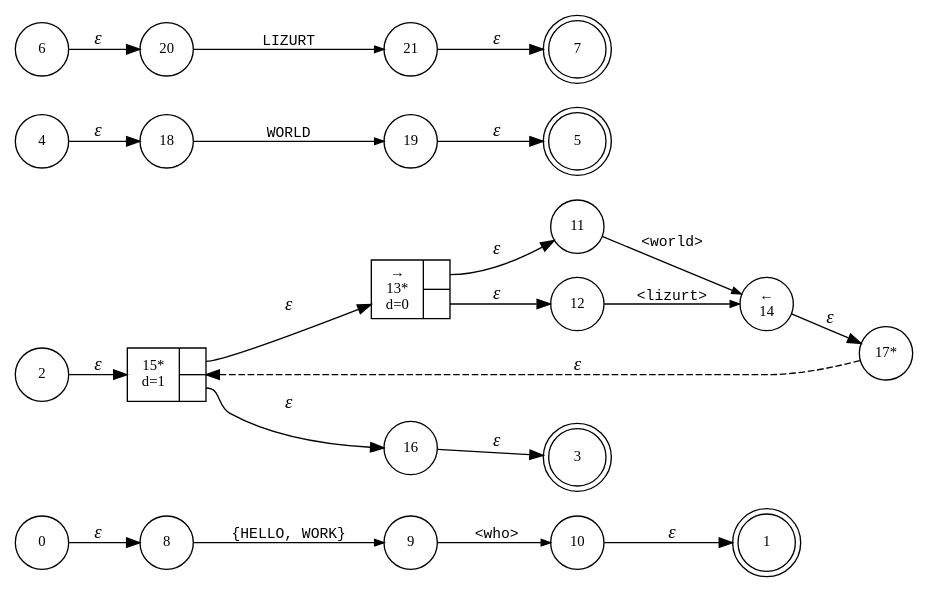
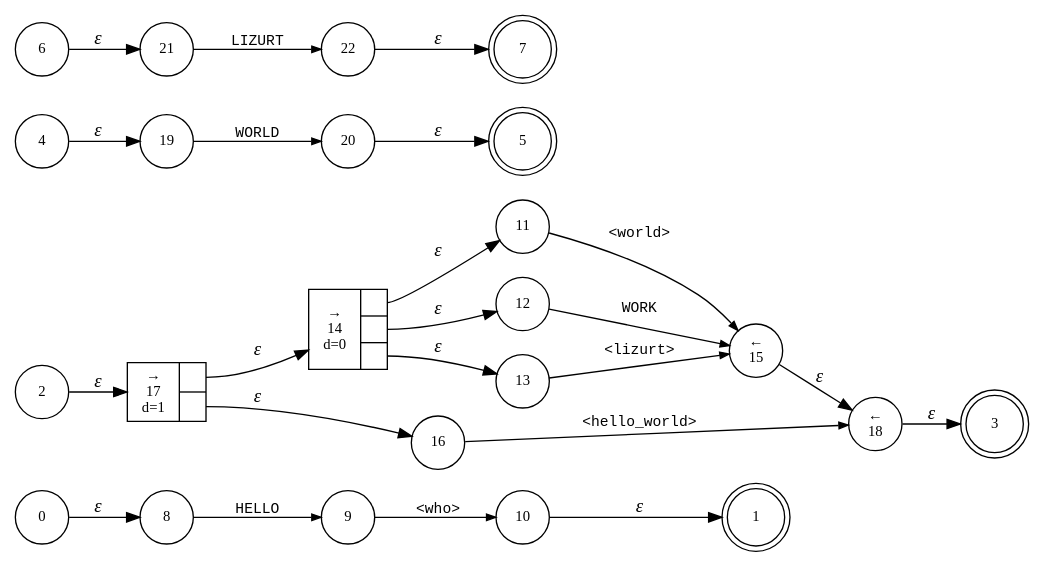
One commit to Lizurt/Suggester changed the diagram in parser.dot. Above: the diagram before and after it, drawn with Graphviz. The commit also changed 12 other files, not shown here.

```diff
--- a/parser.dot
+++ b/parser.dot
@@ -1,51 +1,54 @@
 digraph ATN { rankdir=LR;
 
 s1[fontsize=11, label="1", shape=doublecircle, fixedsize=true, width=.6];
 s0[fontsize=11,label="0", shape=circle, fixedsize=true, width=.55, peripheries=1];
 s8[fontsize=11,label="8", shape=circle, fixedsize=true, width=.55, peripheries=1];
 s9[fontsize=11,label="9", shape=circle, fixedsize=true, width=.55, peripheries=1];
 s10[fontsize=11,label="10", shape=circle, fixedsize=true, width=.55, peripheries=1];
 s0 -> s8 [fontname="Times-Italic", label="&epsilon;"];
-s8 -> s9 [fontsize=11, fontname="Courier", arrowsize=.7, label = "{HELLO, WORK}", arrowhead = normal];
+s8 -> s9 [fontsize=11, fontname="Courier", arrowsize=.7, label = "HELLO", arrowhead = normal];
 s9 -> s10 [fontsize=11, fontname="Courier", arrowsize=.7, label = "<who>", arrowhead = normal];
 s10 -> s1 [fontname="Times-Italic", label="&epsilon;"];
 
 
 s3[fontsize=11, label="3", shape=doublecircle, fixedsize=true, width=.6];
 s16[fontsize=11,label="16", shape=circle, fixedsize=true, width=.55, peripheries=1];
-s17[fontsize=11,label="17*", shape=circle, fixedsize=true, width=.55, peripheries=1];
+s17[fontsize=11,label="{&rarr;\n17\nd=1|{<p0>|<p1>}}", shape=record, fixedsize=false, peripheries=1];
 s2[fontsize=11,label="2", shape=circle, fixedsize=true, width=.55, peripheries=1];
+s18[fontsize=11,label="&larr;\n18", shape=circle, fixedsize=true, width=.55, peripheries=1];
 s11[fontsize=11,label="11", shape=circle, fixedsize=true, width=.55, peripheries=1];
 s12[fontsize=11,label="12", shape=circle, fixedsize=true, width=.55, peripheries=1];
-s13[fontsize=11,label="{&rarr;\n13*\nd=0|{<p0>|<p1>}}", shape=record, fixedsize=false, peripheries=1];
-s14[fontsize=11,label="&larr;\n14", shape=circle, fixedsize=true, width=.55, peripheries=1];
-s15[fontsize=11,label="{15*\nd=1|{<p0>|<p1>}}", shape=record, fixedsize=false, peripheries=1];
-s2 -> s15 [fontname="Times-Italic", label="&epsilon;"];
-s15:p0 -> s13 [fontname="Times-Italic", label="&epsilon;"];
-s15:p1 -> s16 [fontname="Times-Italic", label="&epsilon;"];
-s13:p0 -> s11 [fontname="Times-Italic", label="&epsilon;"];
-s13:p1 -> s12 [fontname="Times-Italic", label="&epsilon;"];
-s16 -> s3 [fontname="Times-Italic", label="&epsilon;"];
-s11 -> s14 [fontsize=11, fontname="Courier", arrowsize=.7, label = "<world>", arrowhead = normal];
-s12 -> s14 [fontsize=11, fontname="Courier", arrowsize=.7, label = "<lizurt>", arrowhead = normal];
-s14 -> s17 [fontname="Times-Italic", label="&epsilon;"];
-s17 -> s15 [fontname="Times-Italic", label="&epsilon;", style="dashed"];
+s13[fontsize=11,label="13", shape=circle, fixedsize=true, width=.55, peripheries=1];
+s14[fontsize=11,label="{&rarr;\n14\nd=0|{<p0>|<p1>|<p2>}}", shape=record, fixedsize=false, peripheries=1];
+s15[fontsize=11,label="&larr;\n15", shape=circle, fixedsize=true, width=.55, peripheries=1];
+s2 -> s17 [fontname="Times-Italic", label="&epsilon;"];
+s17:p0 -> s14 [fontname="Times-Italic", label="&epsilon;"];
+s17:p1 -> s16 [fontname="Times-Italic", label="&epsilon;"];
+s14:p0 -> s11 [fontname="Times-Italic", label="&epsilon;"];
+s14:p1 -> s12 [fontname="Times-Italic", label="&epsilon;"];
+s14:p2 -> s13 [fontname="Times-Italic", label="&epsilon;"];
+s16 -> s18 [fontsize=11, fontname="Courier", arrowsize=.7, label = "<hello_world>", arrowhead = normal];
+s11 -> s15 [fontsize=11, fontname="Courier", arrowsize=.7, label = "<world>", arrowhead = normal];
+s12 -> s15 [fontsize=11, fontname="Courier", arrowsize=.7, label = "WORK", arrowhead = normal];
+s13 -> s15 [fontsize=11, fontname="Courier", arrowsize=.7, label = "<lizurt>", arrowhead = normal];
+s18 -> s3 [fontname="Times-Italic", label="&epsilon;"];
+s15 -> s18 [fontname="Times-Italic", label="&epsilon;"];
 
 
 s5[fontsize=11, label="5", shape=doublecircle, fixedsize=true, width=.6];
-s18[fontsize=11,label="18", shape=circle, fixedsize=true, width=.55, peripheries=1];
 s19[fontsize=11,label="19", shape=circle, fixedsize=true, width=.55, peripheries=1];
 s4[fontsize=11,label="4", shape=circle, fixedsize=true, width=.55, peripheries=1];
-s4 -> s18 [fontname="Times-Italic", label="&epsilon;"];
-s18 -> s19 [fontsize=11, fontname="Courier", arrowsize=.7, label = "WORLD", arrowhead = normal];
-s19 -> s5 [fontname="Times-Italic", label="&epsilon;"];
+s20[fontsize=11,label="20", shape=circle, fixedsize=true, width=.55, peripheries=1];
+s4 -> s19 [fontname="Times-Italic", label="&epsilon;"];
+s19 -> s20 [fontsize=11, fontname="Courier", arrowsize=.7, label = "WORLD", arrowhead = normal];
+s20 -> s5 [fontname="Times-Italic", label="&epsilon;"];
 
 
 s7[fontsize=11, label="7", shape=doublecircle, fixedsize=true, width=.6];
-s20[fontsize=11,label="20", shape=circle, fixedsize=true, width=.55, peripheries=1];
 s21[fontsize=11,label="21", shape=circle, fixedsize=true, width=.55, peripheries=1];
 s6[fontsize=11,label="6", shape=circle, fixedsize=true, width=.55, peripheries=1];
-s6 -> s20 [fontname="Times-Italic", label="&epsilon;"];
-s20 -> s21 [fontsize=11, fontname="Courier", arrowsize=.7, label = "LIZURT", arrowhead = normal];
-s21 -> s7 [fontname="Times-Italic", label="&epsilon;"];
+s22[fontsize=11,label="22", shape=circle, fixedsize=true, width=.55, peripheries=1];
+s6 -> s21 [fontname="Times-Italic", label="&epsilon;"];
+s21 -> s22 [fontsize=11, fontname="Courier", arrowsize=.7, label = "LIZURT", arrowhead = normal];
+s22 -> s7 [fontname="Times-Italic", label="&epsilon;"];
 }
```
